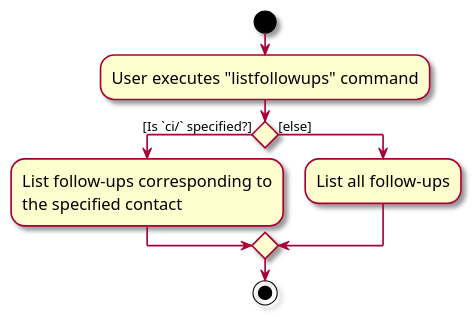
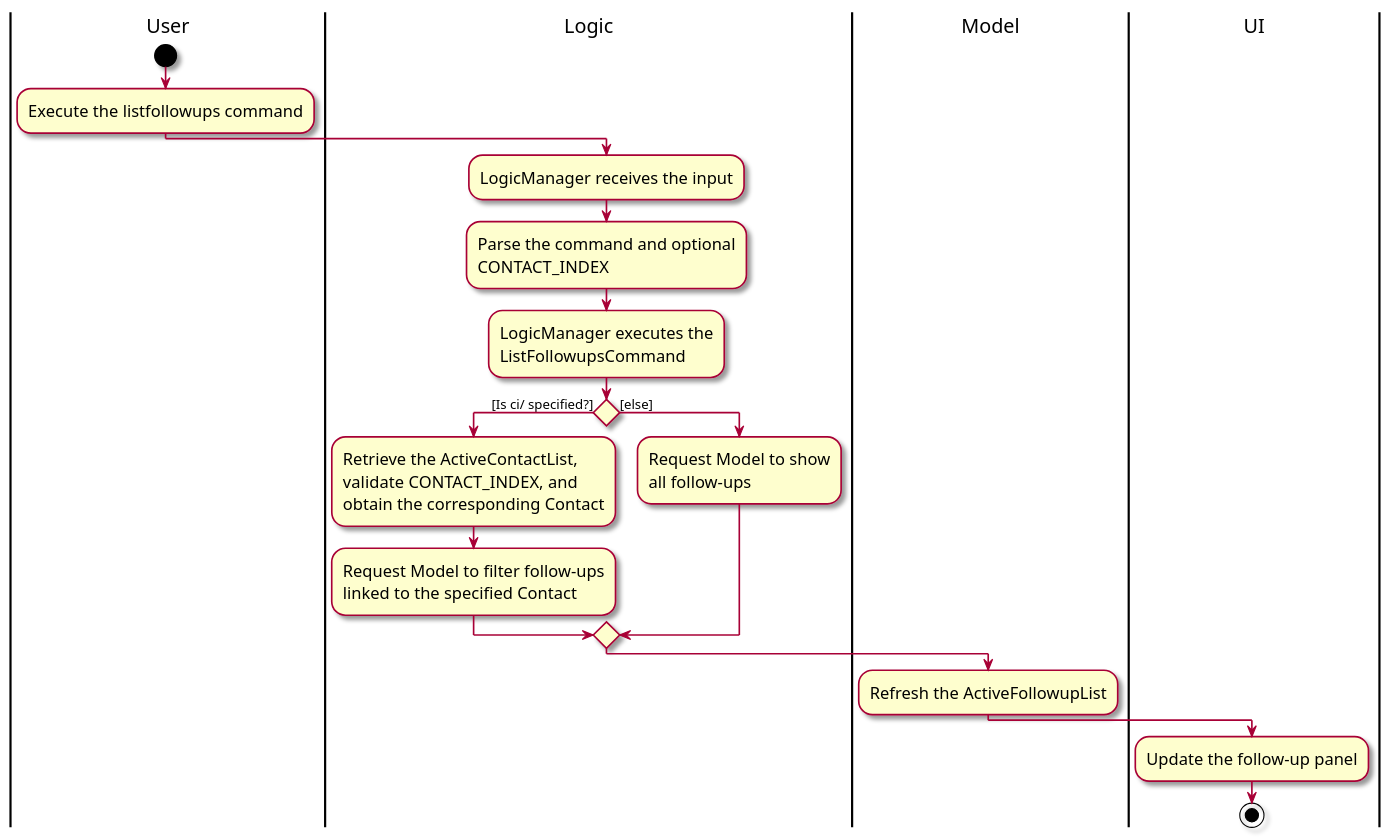
One commit to AY2627S1-CS2103T-T13-3/tp changed the diagram in docs/diagrams/ListFollowupsActivityDiagram.puml. Above: the diagram before and after it, drawn with PlantUML. The commit also changed 1 other file, not shown here.

Commit message:
Update UML diagram

```diff
--- a/docs/diagrams/ListFollowupsActivityDiagram.puml
+++ b/docs/diagrams/ListFollowupsActivityDiagram.puml
@@ -1,17 +1,35 @@
 @startuml
 skin rose
 skinparam ActivityFontSize 15
 skinparam ArrowFontSize 12
 
+|User|
 start
-:User executes "listfollowups" command;
+:Execute the listfollowups command;
 
-if () then ([Is `ci/` specified?])
-    :List follow-ups corresponding to
-    the specified contact;
+|Logic|
+:LogicManager receives the input;
+:Parse the command and optional
+CONTACT_INDEX;
+:LogicManager executes the
+ListFollowupsCommand;
+
+if () then ([Is ci/ specified?])
+    :Retrieve the ActiveContactList,
+    validate CONTACT_INDEX, and
+    obtain the corresponding Contact;
+    :Request Model to filter follow-ups
+    linked to the specified Contact;
 else ([else])
-    :List all follow-ups;
+    :Request Model to show
+    all follow-ups;
 endif
+
+|Model|
+:Refresh the ActiveFollowupList;
+
+|UI|
+:Update the follow-up panel;
 
 stop
 @enduml
```
